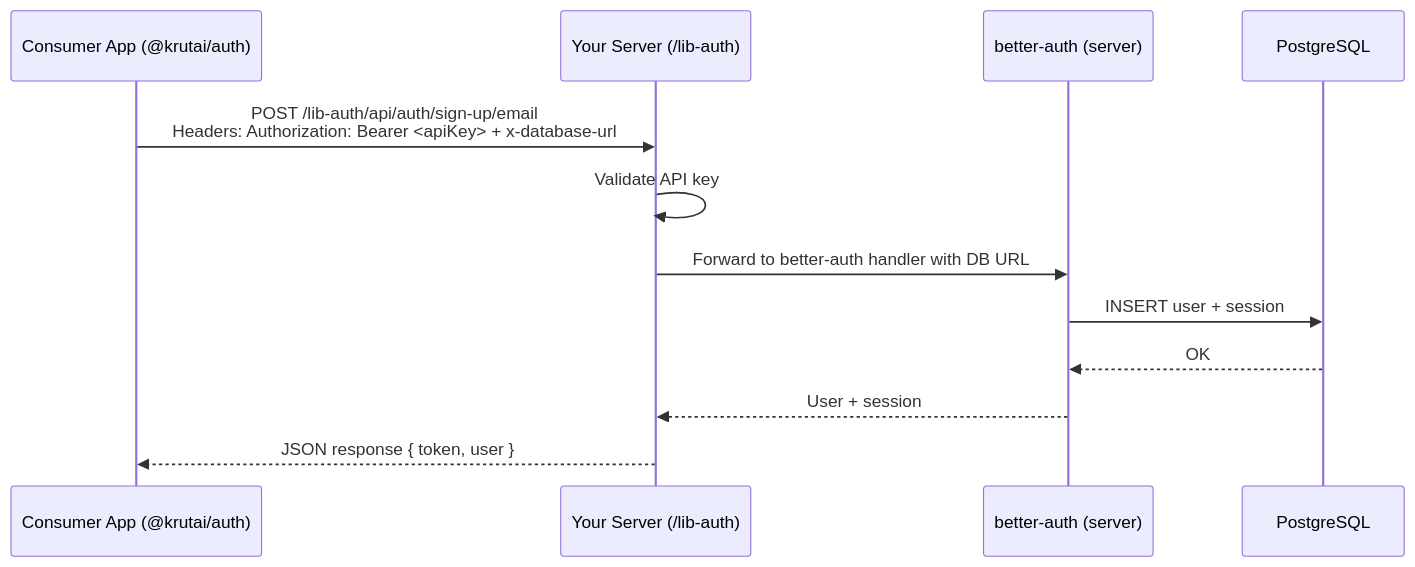
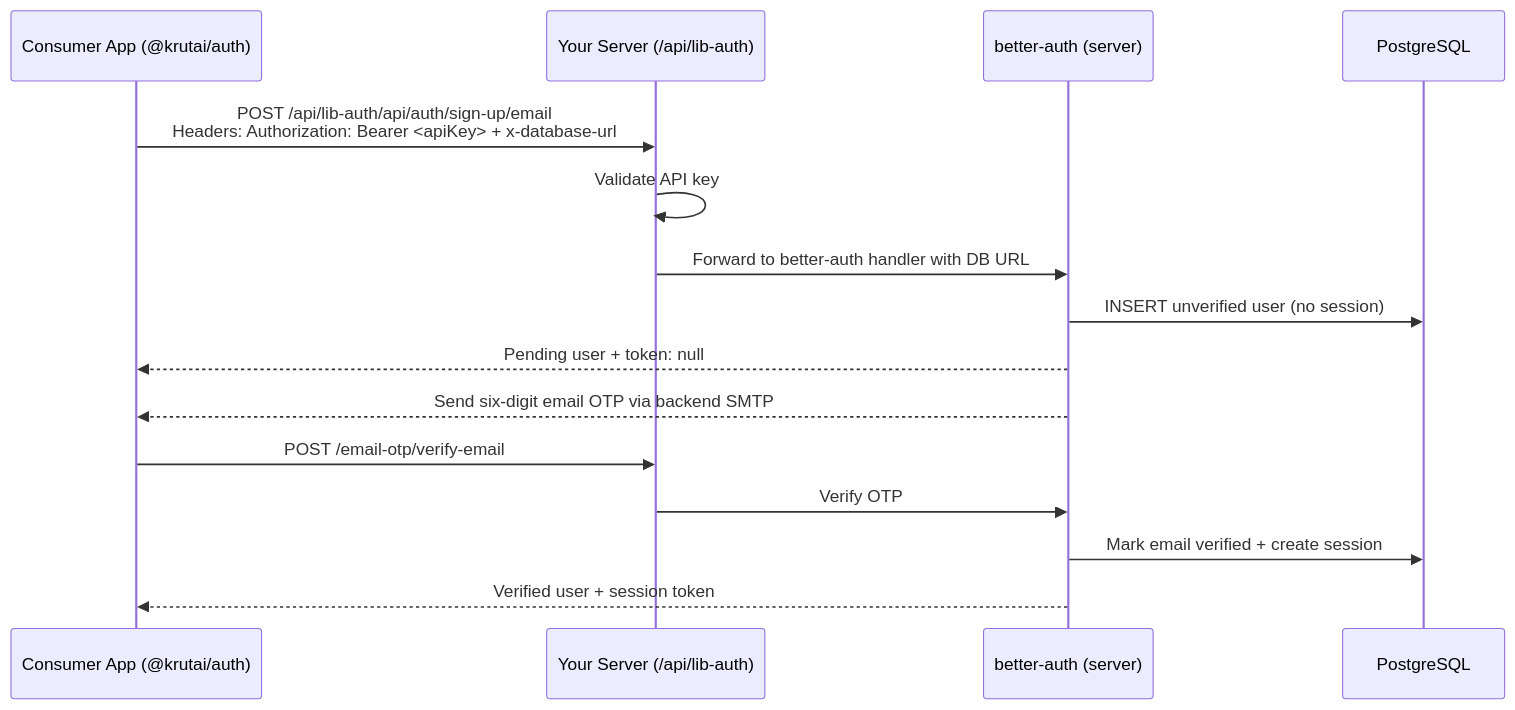
One commit to AccountantAIOrg/krut_packages changed the diagram in packages/auth/AI_REFERENCE.md. Above: the diagram before and after it, drawn with Mermaid. The commit also changed other lines of this file and 7 other files, not shown here.

Commit message:
feat(auth): add email OTP verification and password reset

````diff
--- a/packages/auth/AI_REFERENCE.md
+++ b/packages/auth/AI_REFERENCE.md
@@ -41,15 +41,18 @@
 ```mermaid
 sequenceDiagram
     participant App as Consumer App (@krutai/auth)
-    participant Server as Your Server (/lib-auth)
+    participant Server as Your Server (/api/lib-auth)
     participant BA as better-auth (server)
     participant PG as PostgreSQL
 
-    App->>Server: POST /lib-auth/api/auth/sign-up/email<br/>Headers: Authorization: Bearer <apiKey> + x-database-url
+    App->>Server: POST /api/lib-auth/api/auth/sign-up/email<br/>Headers: Authorization: Bearer <apiKey> + x-database-url
     Server->>Server: Validate API key
     Server->>BA: Forward to better-auth handler with DB URL
-    BA->>PG: INSERT user + session
-    PG-->>BA: OK
-    BA-->>Server: User + session
-    Server-->>App: JSON response { token, user }
+    BA->>PG: INSERT unverified user (no session)
+    BA-->>App: Pending user + token: null
+    BA-->>App: Send six-digit email OTP via backend SMTP
+    App->>Server: POST /email-otp/verify-email
+    Server->>BA: Verify OTP
+    BA->>PG: Mark email verified + create session
+    BA-->>App: Verified user + session token
 ```
````
